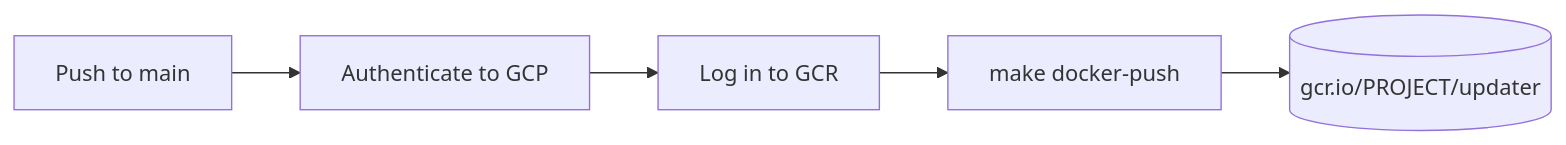
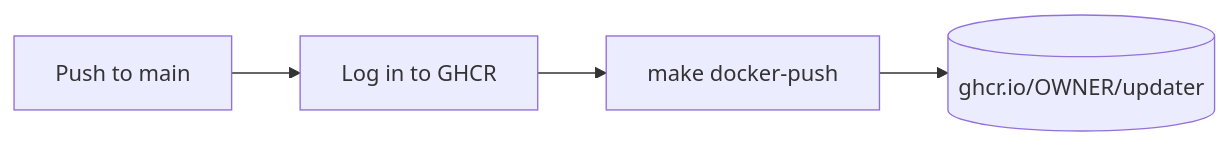
Before and after one commit to griffinskudder/updater: the diagram in docs/publishing.md, drawn with Mermaid. The commit also changed other lines of this file and 1 other file, not shown here.

First line of the commit message:
fix: switch container registry from GCR to GHCR

````diff
--- a/docs/publishing.md
+++ b/docs/publishing.md
@@ -7,7 +7,6 @@
 ```mermaid
 flowchart LR
-    push[Push to main] --> auth[Authenticate to GCP]
-    auth --> login[Log in to GCR]
+    push[Push to main] --> login[Log in to GHCR]
     login --> build[make docker-push]
-    build --> gcr[(gcr.io/PROJECT/updater)]
+    build --> ghcr[(ghcr.io/OWNER/updater)]
 ```
````
